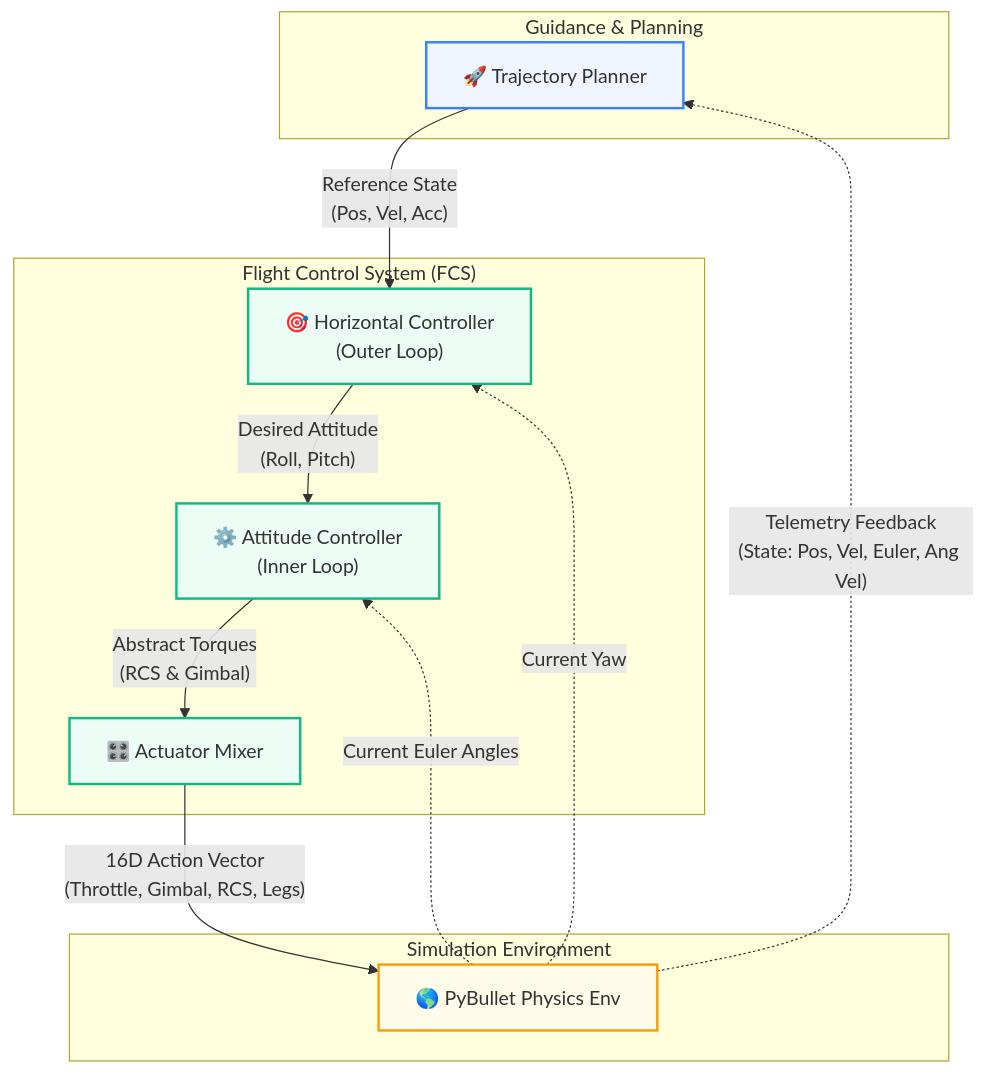
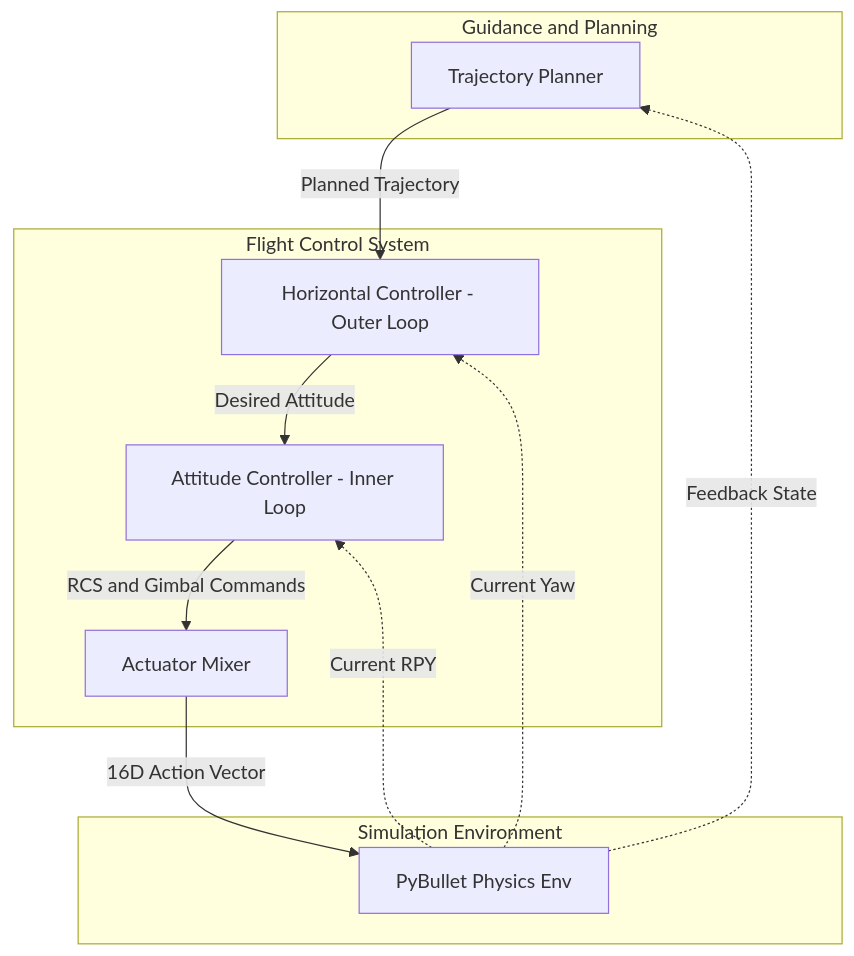
One commit to fitranurmayadi/RocketLander3D changed the diagram in README.md. Above: the diagram before and after it, drawn with Mermaid.

Commit message:
Use highly compatible graph TD syntax for Mermaid diagram

````diff
--- a/README.md
+++ b/README.md
@@ -62,34 +62,25 @@
 ```mermaid
-flowchart TD
-    subgraph "Guidance & Planning"
-        TP["🚀 Trajectory Planner"]
+graph TD
+    subgraph "Guidance and Planning"
+        TP[Trajectory Planner]
     end
 
-    subgraph "Flight Control System (FCS)"
-        HC["🎯 Horizontal Controller<br/>(Outer Loop)"]
-        AC["⚙️ Attitude Controller<br/>(Inner Loop)"]
-        AM["🎛️ Actuator Mixer"]
+    subgraph "Flight Control System"
+        HC[Horizontal Controller - Outer Loop]
+        AC[Attitude Controller - Inner Loop]
+        AM[Actuator Mixer]
     end
 
     subgraph "Simulation Environment"
-        PE["🌎 PyBullet Physics Env"]
+        PE[PyBullet Physics Env]
     end
 
-    %% Forward path
-    TP -->|"Reference State<br/>(Pos, Vel, Acc)"| HC
-    HC -->|"Desired Attitude<br/>(Roll, Pitch)"| AC
-    AC -->|"Abstract Torques<br/>(RCS & Gimbal)"| AM
-    AM -->|"16D Action Vector<br/>(Throttle, Gimbal, RCS, Legs)"| PE
+    TP -->|Planned Trajectory| HC
+    HC -->|Desired Attitude| AC
+    AC -->|RCS and Gimbal Commands| AM
+    AM -->|16D Action Vector| PE
 
-    %% Feedback path
-    PE -.->|"Telemetry Feedback<br/>(State: Pos, Vel, Euler, Ang Vel)"| TP
-    PE -.->|"Current Yaw"| HC
-    PE -.->|"Current Euler Angles"| AC
-
-    %% Styling
-    style TP fill:#eff6ff,stroke:#3b82f6,stroke-width:2px
-    style HC fill:#ecfdf5,stroke:#10b981,stroke-width:2px
-    style AC fill:#ecfdf5,stroke:#10b981,stroke-width:2px
-    style AM fill:#ecfdf5,stroke:#10b981,stroke-width:2px
-    style PE fill:#fffbeb,stroke:#f59e0b,stroke-width:2px
+    PE -.->|Feedback State| TP
+    PE -.->|Current Yaw| HC
+    PE -.->|Current RPY| AC
 ```
````
